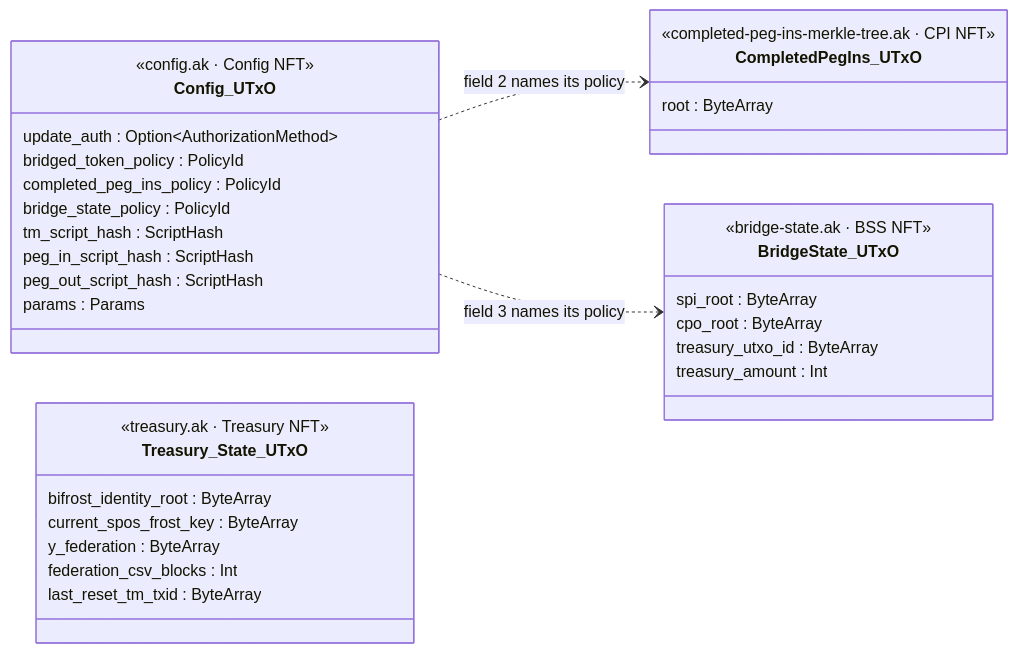
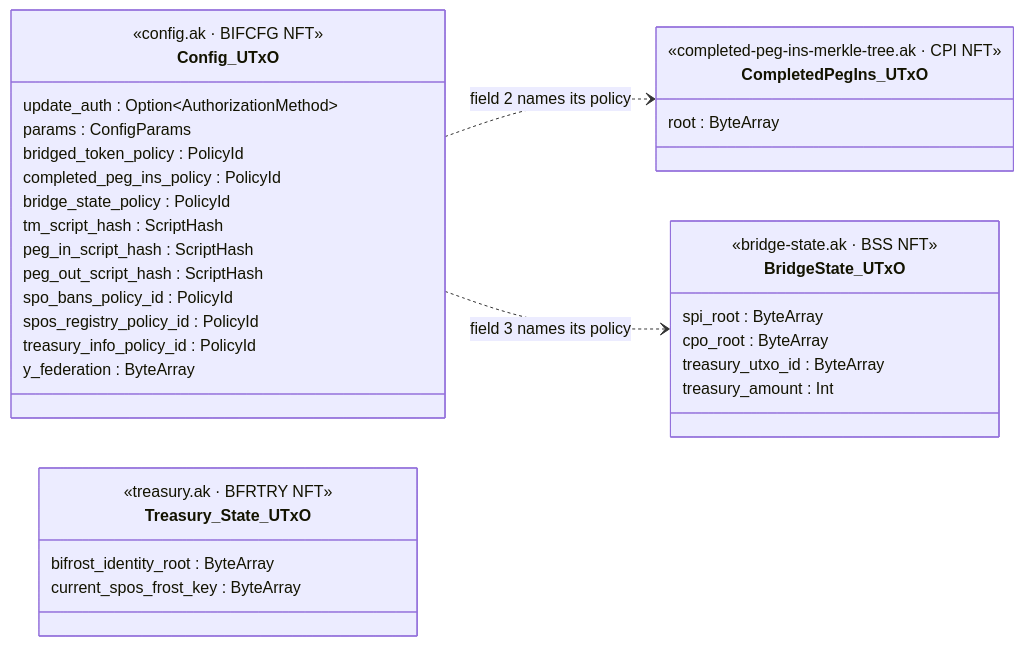
One commit to rssh/ft-bifrost-bridge changed the first of 20 diagrams in documentation/technical_documentation.md. Above: the diagram before and after it, drawn with Mermaid. The commit also changed other lines of this file, not shown here.

First line of the commit message:
docs(spec): rev 5.5, the Treasury state UTxO has an enforceable identity

````diff
--- a/documentation/technical_documentation.md
+++ b/documentation/technical_documentation.md
@@ -425,41 +425,42 @@
 ```mermaid
 classDiagram
     direction LR
 
     class Config_UTxO {
-        <<config.ak · Config NFT>>
+        <<config.ak · BIFCFG NFT>>
         update_auth : Option~AuthorizationMethod~
+        params : ConfigParams
         bridged_token_policy : PolicyId
         completed_peg_ins_policy : PolicyId
         bridge_state_policy : PolicyId
         tm_script_hash : ScriptHash
         peg_in_script_hash : ScriptHash
         peg_out_script_hash : ScriptHash
-        params : Params
+        spo_bans_policy_id : PolicyId
+        spos_registry_policy_id : PolicyId
+        treasury_info_policy_id : PolicyId
+        y_federation : ByteArray
     }
 
     class Treasury_State_UTxO {
-        <<treasury.ak · Treasury NFT>>
+        <<treasury.ak · BFRTRY NFT>>
         bifrost_identity_root : ByteArray
         current_spos_frost_key : ByteArray
-        y_federation : ByteArray
-        federation_csv_blocks : Int
-        last_reset_tm_txid : ByteArray
     }
 
     class CompletedPegIns_UTxO {
         <<completed-peg-ins-merkle-tree.ak · CPI NFT>>
         root : ByteArray
     }
 
     class BridgeState_UTxO {
         <<bridge-state.ak · BSS NFT>>
         spi_root : ByteArray
         cpo_root : ByteArray
         treasury_utxo_id : ByteArray
         treasury_amount : Int
     }
 
     Config_UTxO ..> CompletedPegIns_UTxO : field 2 names its policy
     Config_UTxO ..> BridgeState_UTxO : field 3 names its policy
 ```
````
